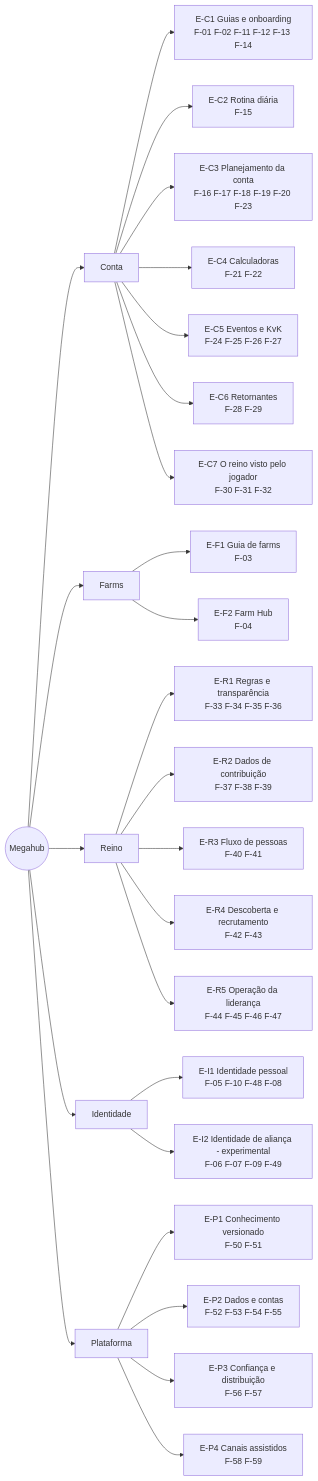
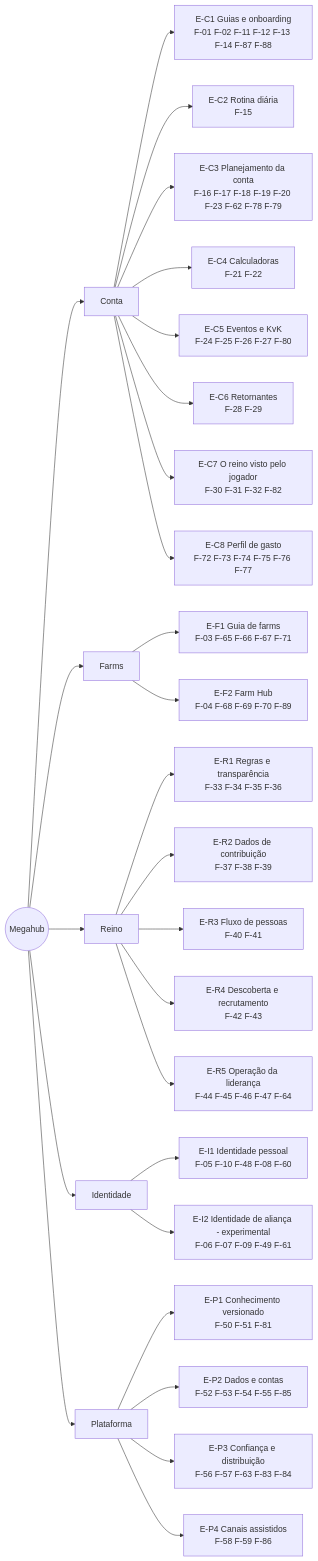
The diagram in produto/arvore-funcionalidades.md (victorfaria-dev/rok-adm), drawn with Mermaid before and after one commit. The commit also changed other lines of this file and 1 other file, not shown here.

````diff
--- a/produto/arvore-funcionalidades.md
+++ b/produto/arvore-funcionalidades.md
@@ -34,34 +45,35 @@
 ```mermaid
 graph LR
   P((Megahub))
   P --> C[Conta]
   P --> F[Farms]
   P --> R[Reino]
   P --> I[Identidade]
   P --> PL[Plataforma]
 
-  C --> C1[E-C1 Guias e onboarding<br/>F-01 F-02 F-11 F-12 F-13 F-14]
+  C --> C1[E-C1 Guias e onboarding<br/>F-01 F-02 F-11 F-12 F-13 F-14 F-87 F-88]
   C --> C2[E-C2 Rotina diária<br/>F-15]
-  C --> C3[E-C3 Planejamento da conta<br/>F-16 F-17 F-18 F-19 F-20 F-23]
+  C --> C3[E-C3 Planejamento da conta<br/>F-16 F-17 F-18 F-19 F-20 F-23 F-62 F-78 F-79]
   C --> C4[E-C4 Calculadoras<br/>F-21 F-22]
-  C --> C5[E-C5 Eventos e KvK<br/>F-24 F-25 F-26 F-27]
+  C --> C5[E-C5 Eventos e KvK<br/>F-24 F-25 F-26 F-27 F-80]
   C --> C6[E-C6 Retornantes<br/>F-28 F-29]
-  C --> C7[E-C7 O reino visto pelo jogador<br/>F-30 F-31 F-32]
+  C --> C7[E-C7 O reino visto pelo jogador<br/>F-30 F-31 F-32 F-82]
+  C --> C8[E-C8 Perfil de gasto<br/>F-72 F-73 F-74 F-75 F-76 F-77]
 
-  F --> F1[E-F1 Guia de farms<br/>F-03]
-  F --> F2[E-F2 Farm Hub<br/>F-04]
+  F --> F1[E-F1 Guia de farms<br/>F-03 F-65 F-66 F-67 F-71]
+  F --> F2[E-F2 Farm Hub<br/>F-04 F-68 F-69 F-70 F-89]
 
   R --> R1[E-R1 Regras e transparência<br/>F-33 F-34 F-35 F-36]
   R --> R2[E-R2 Dados de contribuição<br/>F-37 F-38 F-39]
   R --> R3[E-R3 Fluxo de pessoas<br/>F-40 F-41]
   R --> R4[E-R4 Descoberta e recrutamento<br/>F-42 F-43]
-  R --> R5[E-R5 Operação da liderança<br/>F-44 F-45 F-46 F-47]
+  R --> R5[E-R5 Operação da liderança<br/>F-44 F-45 F-46 F-47 F-64]
 
-  I --> I1[E-I1 Identidade pessoal<br/>F-05 F-10 F-48 F-08]
-  I --> I2[E-I2 Identidade de aliança - experimental<br/>F-06 F-07 F-09 F-49]
+  I --> I1[E-I1 Identidade pessoal<br/>F-05 F-10 F-48 F-08 F-60]
+  I --> I2[E-I2 Identidade de aliança - experimental<br/>F-06 F-07 F-09 F-49 F-61]
 
-  PL --> P1[E-P1 Conhecimento versionado<br/>F-50 F-51]
-  PL --> P2[E-P2 Dados e contas<br/>F-52 F-53 F-54 F-55]
-  PL --> P3[E-P3 Confiança e distribuição<br/>F-56 F-57]
-  PL --> P4[E-P4 Canais assistidos<br/>F-58 F-59]
+  PL --> P1[E-P1 Conhecimento versionado<br/>F-50 F-51 F-81]
+  PL --> P2[E-P2 Dados e contas<br/>F-52 F-53 F-54 F-55 F-85]
+  PL --> P3[E-P3 Confiança e distribuição<br/>F-56 F-57 F-63 F-83 F-84]
+  PL --> P4[E-P4 Canais assistidos<br/>F-58 F-59 F-86]
 ```
````
